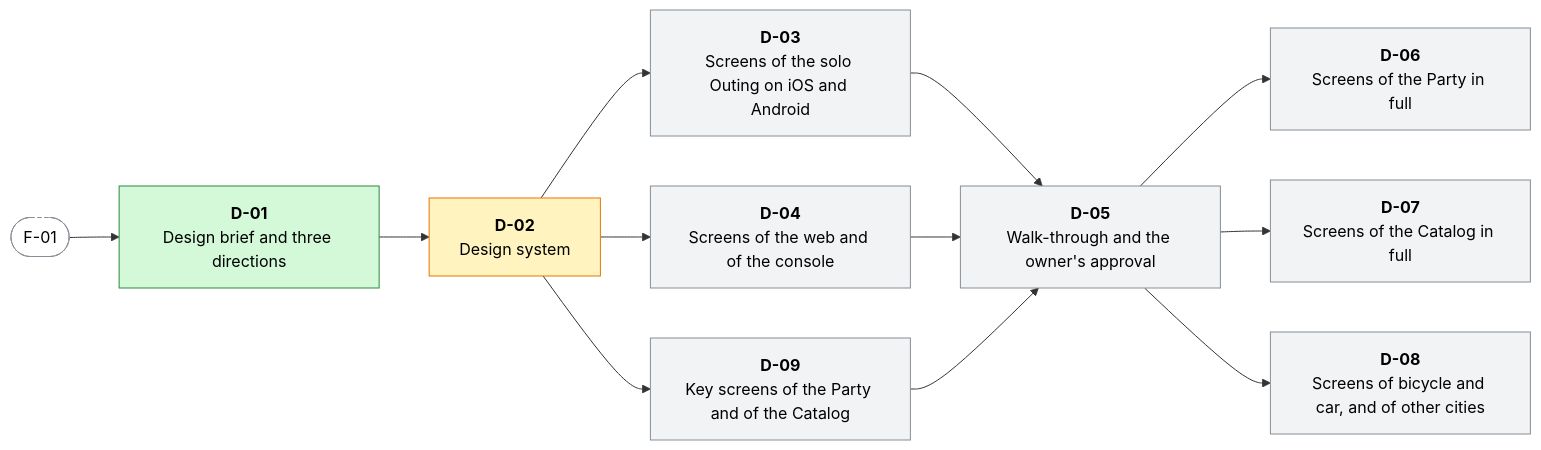
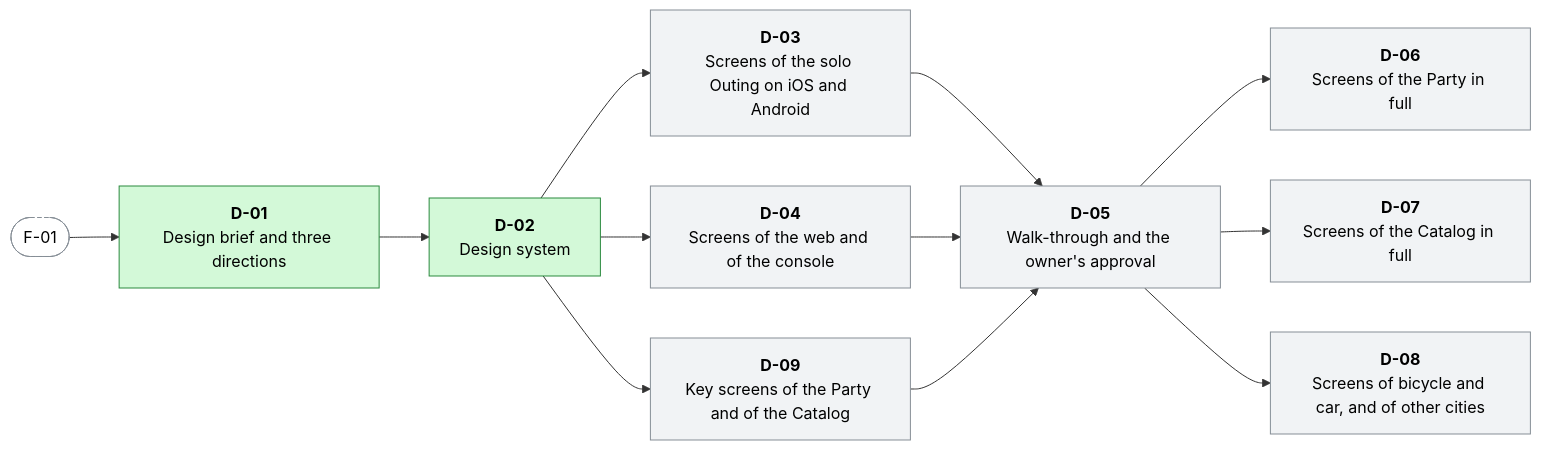
The second of 17 diagrams in docs/WORK-PLAN.md (menisika/Smart-Tour-Guide-and-Itinerary-Planner), drawn with Mermaid before and after one commit. The commit also changed other lines of this file and 1 other file, not shown here.

First line of the commit message:
docs(design): close the design system package on the owner's acceptance

````diff
--- a/docs/WORK-PLAN.md
+++ b/docs/WORK-PLAN.md
@@ -272,29 +272,29 @@
 ```mermaid
 flowchart LR
   classDef done fill:#d3f9d8,stroke:#2b8a3e,color:#000
   classDef progress fill:#fff3bf,stroke:#e67700,color:#000
   classDef blocked fill:#ffe3e3,stroke:#c92a2a,color:#000
   classDef todo fill:#f1f3f5,stroke:#868e96,color:#000
   classDef outside fill:#ffffff,stroke:#868e96,stroke-dasharray:4 3,color:#000
   D_01["<b>D-01</b><br/>Design brief and three directions"]:::done
-  D_02["<b>D-02</b><br/>Design system"]:::progress
+  D_02["<b>D-02</b><br/>Design system"]:::done
   D_03["<b>D-03</b><br/>Screens of the solo Outing on iOS and Android"]:::todo
   D_04["<b>D-04</b><br/>Screens of the web and of the console"]:::todo
   D_09["<b>D-09</b><br/>Key screens of the Party and of the Catalog"]:::todo
   D_05["<b>D-05</b><br/>Walk-through and the owner's approval"]:::todo
   D_06["<b>D-06</b><br/>Screens of the Party in full"]:::todo
   D_07["<b>D-07</b><br/>Screens of the Catalog in full"]:::todo
   D_08["<b>D-08</b><br/>Screens of bicycle and car, and of other cities"]:::todo
   F_01(["F-01"]):::outside
   F_01 --> D_01
   D_01 --> D_02
   D_02 --> D_03
   D_02 --> D_04
   D_02 --> D_09
   D_03 --> D_05
   D_04 --> D_05
   D_09 --> D_05
   D_05 --> D_06
   D_05 --> D_07
   D_05 --> D_08
 ```
````
